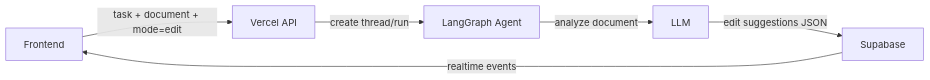
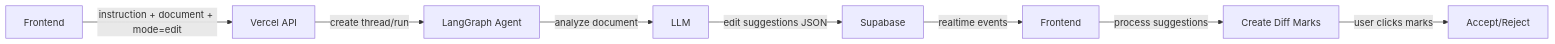
One commit to solutions-engineer-auto/solutions-engineer-auto changed the second of 2 diagrams in AI_DIFF_AGENT_INTEGRATION.md. Above: the diagram before and after it, drawn with Mermaid. The commit also changed other lines of this file and 22 other files, not shown here.

````diff
--- a/AI_DIFF_AGENT_INTEGRATION.md
+++ b/AI_DIFF_AGENT_INTEGRATION.md
@@ -20,8 +23,10 @@
 ```mermaid
 graph LR
-    A[Frontend] -->|task + document + mode=edit| B[Vercel API]
+    A[Frontend] -->|instruction + document + mode=edit| B[Vercel API]
     B -->|create thread/run| C[LangGraph Agent]
     C -->|analyze document| D[LLM]
     D -->|edit suggestions JSON| E[Supabase]
-    E -->|realtime events| A
+    E -->|realtime events| F[Frontend]
+    F -->|process suggestions| G[Create Diff Marks]
+    G -->|user clicks marks| H[Accept/Reject]
 ```
````
